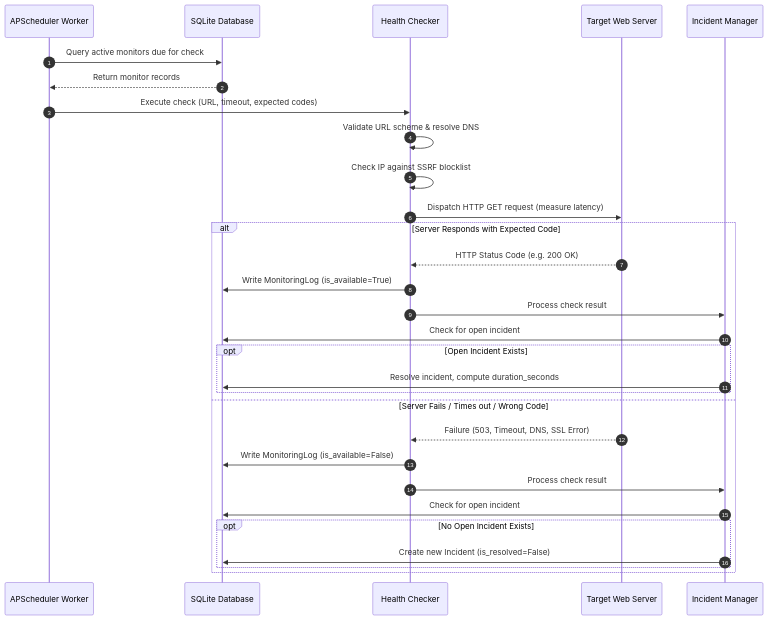
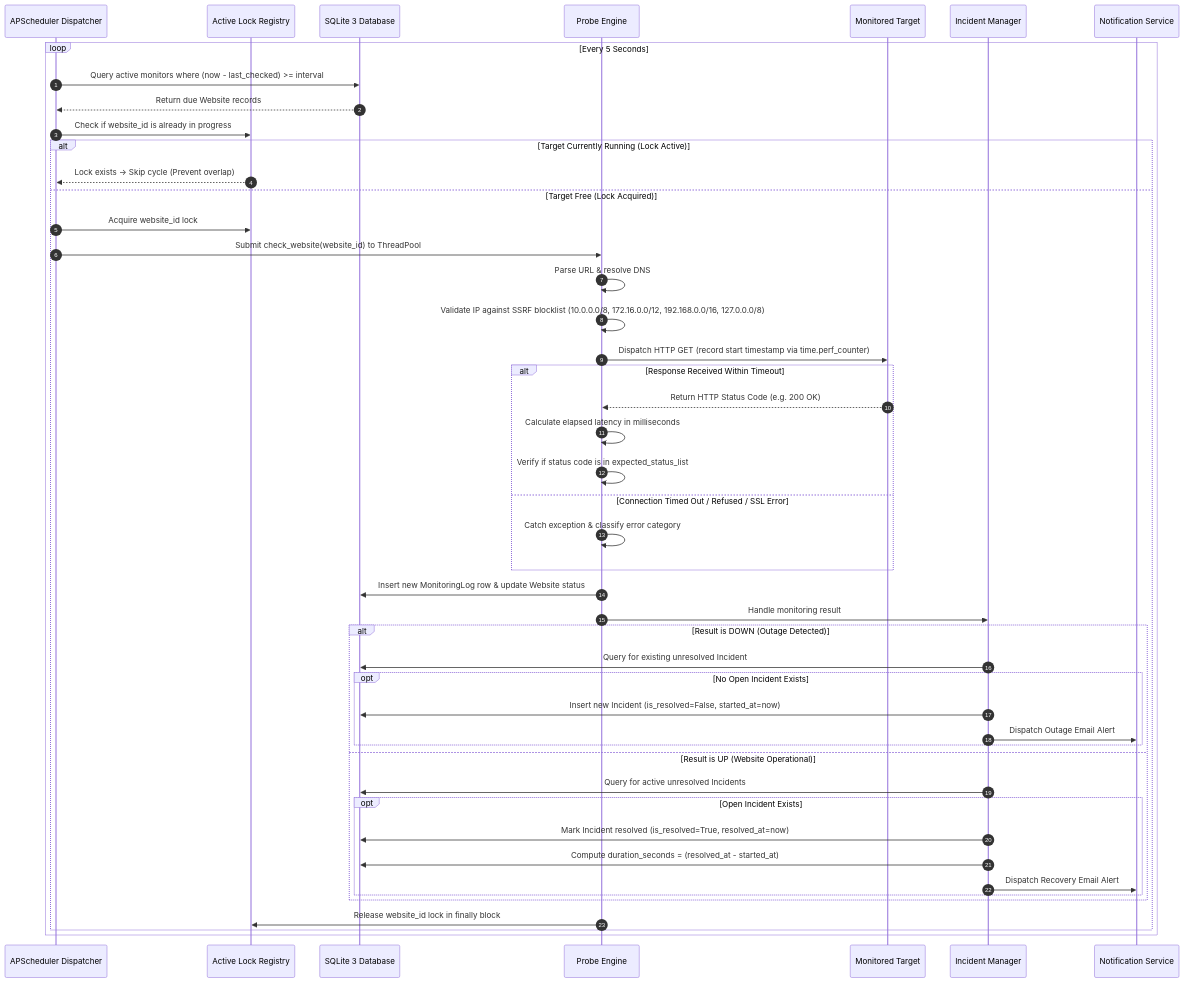
The second of 3 diagrams in README.md (innovateabhi/atmd-web-ms), drawn with Mermaid before and after one commit. The commit also changed other lines of this file, not shown here.

Commit message:
Complete final comprehensive README.md with full architecture, deployment, and testing documentation

````diff
--- a/README.md
+++ b/README.md
@@ -145,33 +175,50 @@
 ```mermaid
 sequenceDiagram
     autonumber
-    participant W as APScheduler Worker
-    participant DB as SQLite Database
-    participant C as Health Checker
-    participant S as Target Web Server
+    participant D as APScheduler Dispatcher
+    participant L as Active Lock Registry
+    participant DB as SQLite 3 Database
+    participant C as Probe Engine
+    participant T as Monitored Target
     participant I as Incident Manager
+    participant N as Notification Service
 
-    W->>DB: Query active monitors due for check
-    DB-->>W: Return monitor records
-    W->>C: Execute check (URL, timeout, expected codes)
-    C->>C: Validate URL scheme & resolve DNS
-    C->>C: Check IP against SSRF blocklist
-    C->>S: Dispatch HTTP GET request (measure latency)
-    alt Server Responds with Expected Code
-        S-->>C: HTTP Status Code (e.g. 200 OK)
-        C->>DB: Write MonitoringLog (is_available=True)
-        C->>I: Process check result
-        I->>DB: Check for open incident
-        opt Open Incident Exists
-            I->>DB: Resolve incident, compute duration_seconds
-        end
-    else Server Fails / Times out / Wrong Code
-        S-->>C: Failure (503, Timeout, DNS, SSL Error)
-        C->>DB: Write MonitoringLog (is_available=False)
-        C->>I: Process check result
-        I->>DB: Check for open incident
-        opt No Open Incident Exists
-            I->>DB: Create new Incident (is_resolved=False)
+    loop Every 5 Seconds
+        D->>DB: Query active monitors where (now - last_checked) >= interval
+        DB-->>D: Return due Website records
+        D->>L: Check if website_id is already in progress
+        alt Target Currently Running (Lock Active)
+            L-->>D: Lock exists -> Skip cycle (Prevent overlap)
+        else Target Free (Lock Acquired)
+            D->>L: Acquire website_id lock
+            D->>C: Submit check_website(website_id) to ThreadPool
+            C->>C: Parse URL & resolve DNS
+            C->>C: Validate IP against SSRF blocklist (10.0.0.0/8, 172.16.0.0/12, 192.168.0.0/16, 127.0.0.0/8)
+            C->>T: Dispatch HTTP GET (record start timestamp via time.perf_counter)
+            alt Response Received Within Timeout
+                T-->>C: Return HTTP Status Code (e.g. 200 OK)
+                C->>C: Calculate elapsed latency in milliseconds
+                C->>C: Verify if status code is in expected_status_list
+            else Connection Timed Out / Refused / SSL Error
+                C->>C: Catch exception & classify error category
+            end
+            C->>DB: Insert new MonitoringLog row & update Website status
+            C->>I: Handle monitoring result
+            alt Result is DOWN (Outage Detected)
+                I->>DB: Query for existing unresolved Incident
+                opt No Open Incident Exists
+                    I->>DB: Insert new Incident (is_resolved=False, started_at=now)
+                    I->>N: Dispatch Outage Email Alert
+                end
+            else Result is UP (Website Operational)
+                I->>DB: Query for active unresolved Incidents
+                opt Open Incident Exists
+                    I->>DB: Mark Incident resolved (is_resolved=True, resolved_at=now)
+                    I->>DB: Compute duration_seconds = (resolved_at - started_at)
+                    I->>N: Dispatch Recovery Email Alert
+                end
+            end
+            C->>L: Release website_id lock in finally block
         end
     end
 ```
````
